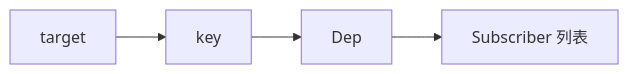
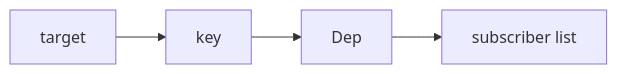
The seventh of 7 diagrams in docs/vue/source/reactivity/reactivity-overview.md (Tajigaqzh/front_basic), drawn with Mermaid before and after one commit. The commit also changed other lines of this file and 11 other files, not shown here.

````diff
--- a/docs/vue/source/reactivity/reactivity-overview.md
+++ b/docs/vue/source/reactivity/reactivity-overview.md
@@ -443,6 +443,6 @@
 ```mermaid
 flowchart LR
-    A[target] --> B[key]
-    B --> C[Dep]
-    C --> D[Subscriber 列表]
+    A["target"] --> B["key"]
+    B --> C["Dep"]
+    C --> D["subscriber list"]
 ```
````
